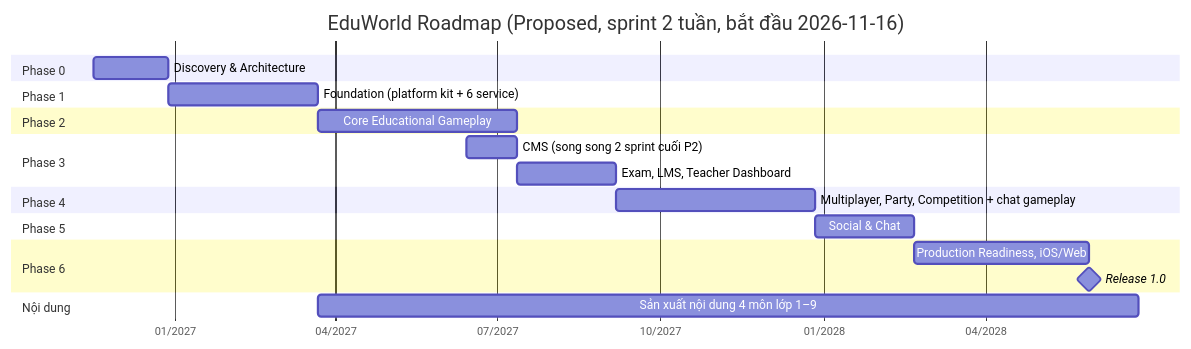
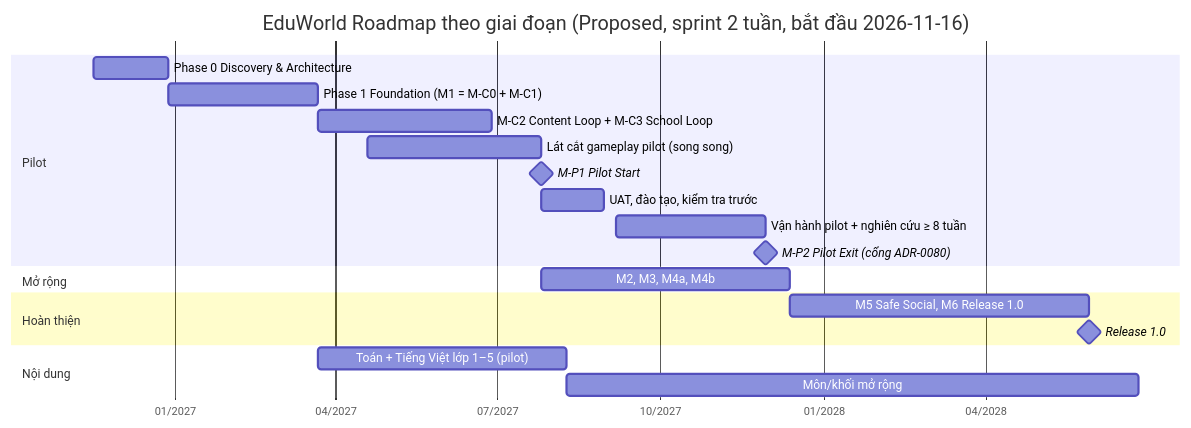
One commit to tanguyen2020/eduworld-platform changed the diagram in docs/12-project/ROADMAP.md. Above: the diagram before and after it, drawn with Mermaid. The commit also changed other lines of this file and 922 other files, not shown here.

````diff
--- a/docs/12-project/ROADMAP.md
+++ b/docs/12-project/ROADMAP.md
@@ -58,24 +77,23 @@
 ```mermaid
 gantt
-  title EduWorld Roadmap (Proposed, sprint 2 tuần, bắt đầu 2026-11-16)
+  title EduWorld Roadmap theo giai đoạn (Proposed, sprint 2 tuần, bắt đầu 2026-11-16)
   dateFormat  YYYY-MM-DD
   axisFormat  %m/%Y
-  section Phase 0
-  Discovery & Architecture        :p0, 2026-11-16, 6w
-  section Phase 1
-  Foundation (platform kit + 6 service) :p1, after p0, 12w
-  section Phase 2
-  Core Educational Gameplay       :p2, after p1, 16w
-  section Phase 3
-  CMS (song song 2 sprint cuối P2) :p3a, 2027-06-14, 4w
-  Exam, LMS, Teacher Dashboard     :p3b, after p2, 8w
-  section Phase 4
-  Multiplayer, Party, Competition + chat gameplay :p4, after p3b, 16w
-  section Phase 5
-  Social & Chat                   :p5, after p4, 8w
-  section Phase 6
-  Production Readiness, iOS/Web   :p6, after p5, 14w
-  Release 1.0                     :milestone, after p6, 0d
+  section Pilot
+  Phase 0 Discovery & Architecture       :p0, 2026-11-16, 6w
+  Phase 1 Foundation (M1 = M-C0 + M-C1)  :p1, after p0, 12w
+  M-C2 Content Loop + M-C3 School Loop   :pc, after p1, 14w
+  Lát cắt gameplay pilot (song song)     :ps, 2027-04-19, 14w
+  M-P1 Pilot Start                       :milestone, mp1, after ps, 0d
+  UAT, đào tạo, kiểm tra trước           :prep, after ps, 5w
+  Vận hành pilot + nghiên cứu ≥ 8 tuần   :run, 2027-09-06, 12w
+  M-P2 Pilot Exit (cổng ADR-0080)        :milestone, mp2, after run, 0d
+  section Mở rộng
+  M2, M3, M4a, M4b                       :ex, after ps, 20w
+  section Hoàn thiện
+  M5 Safe Social, M6 Release 1.0         :fin, after ex, 24w
+  Release 1.0                            :milestone, m6, after fin, 0d
   section Nội dung
-  Sản xuất nội dung 4 môn lớp 1–9 :c1, after p1, 66w
+  Toán + Tiếng Việt lớp 1–5 (pilot)      :c1, after p1, 20w
+  Môn/khối mở rộng                       :c2, after c1, 46w
 ```
````
